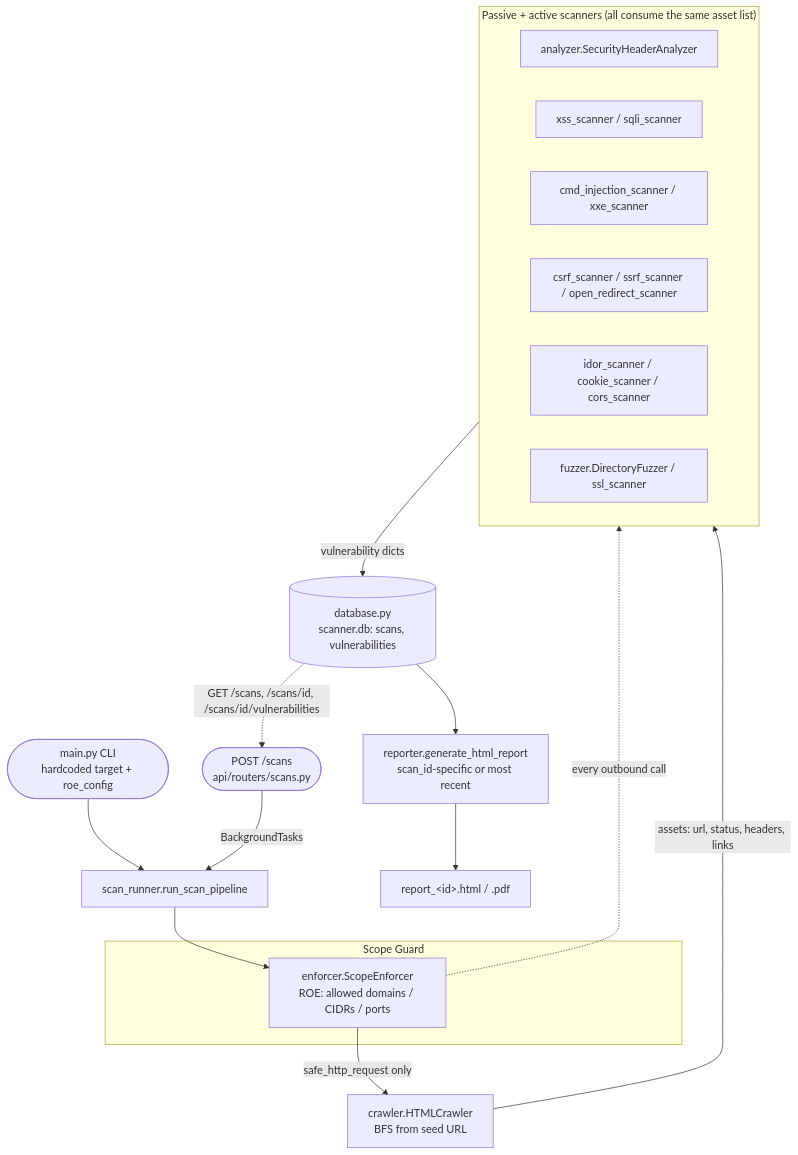
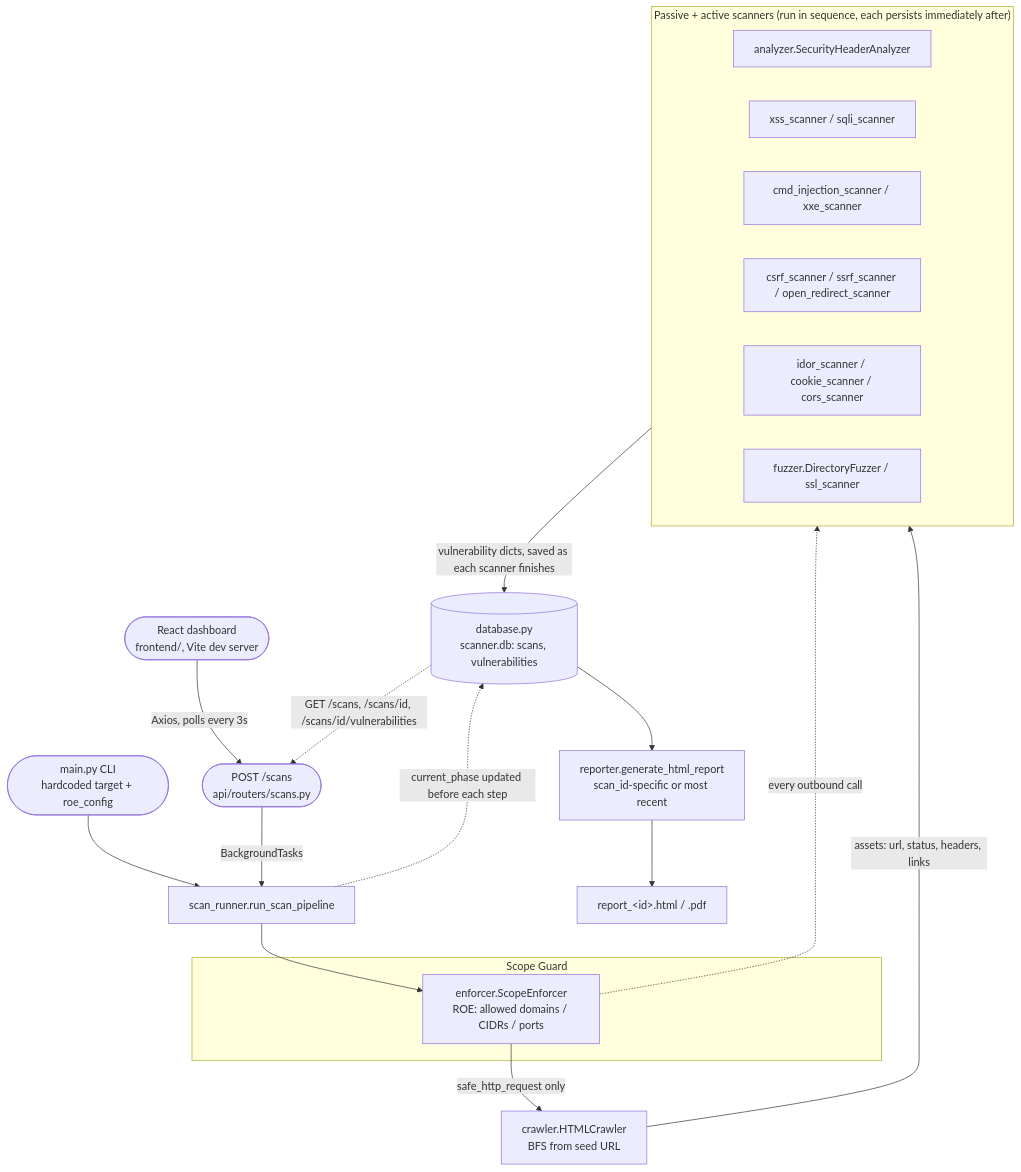
The diagram in README.md (James-Agall/SecuritScanner), drawn with Mermaid before and after one commit. The commit also changed other lines of this file and 17 other files, not shown here.

````diff
--- a/README.md
+++ b/README.md
@@ -48,29 +52,31 @@
 ```mermaid
 flowchart TD
+    UI([React dashboard<br/>frontend/, Vite dev server]) -->|Axios, polls every 3s| API
     CLI([main.py CLI<br/>hardcoded target + roe_config]) --> RUNNER
     API([POST /scans<br/>api/routers/scans.py]) -->|BackgroundTasks| RUNNER
 
     RUNNER[scan_runner.run_scan_pipeline] --> ENF
 
     subgraph Guard["Scope Guard"]
         ENF[enforcer.ScopeEnforcer<br/>ROE: allowed domains / CIDRs / ports]
     end
 
     ENF -->|safe_http_request only| CRAWL[crawler.HTMLCrawler<br/>BFS from seed URL]
     CRAWL -->|assets: url, status, headers, links| FANOUT
 
-    subgraph FANOUT["Passive + active scanners (all consume the same asset list)"]
+    subgraph FANOUT["Passive + active scanners (run in sequence, each persists immediately after)"]
         A1[analyzer.SecurityHeaderAnalyzer]
         A2[xss_scanner / sqli_scanner]
         A3[cmd_injection_scanner / xxe_scanner]
         A4[csrf_scanner / ssrf_scanner / open_redirect_scanner]
         A5[idor_scanner / cookie_scanner / cors_scanner]
         A6[fuzzer.DirectoryFuzzer / ssl_scanner]
     end
 
     ENF -.every outbound call.-> FANOUT
-    FANOUT -->|vulnerability dicts| DB[(database.py<br/>scanner.db: scans, vulnerabilities)]
+    FANOUT -->|vulnerability dicts, saved as each scanner finishes| DB[(database.py<br/>scanner.db: scans, vulnerabilities)]
+    RUNNER -.current_phase updated before each step.-> DB
     DB --> REPORT[reporter.generate_html_report<br/>scan_id-specific or most recent]
     REPORT --> OUT[report_&lt;id&gt;.html / .pdf]
     DB -.GET /scans, /scans/id, /scans/id/vulnerabilities.-> API
 ```
````
